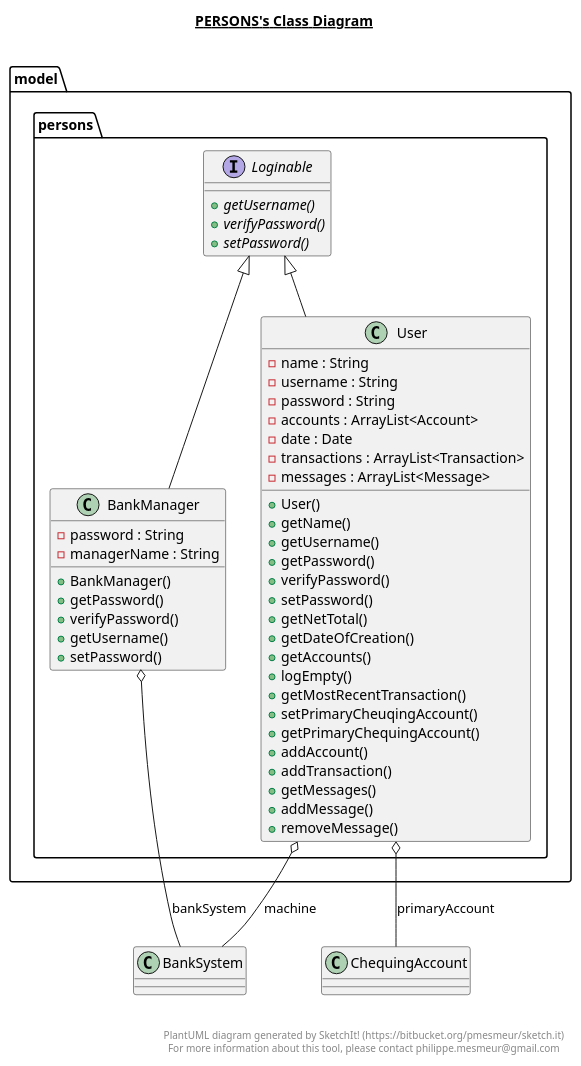
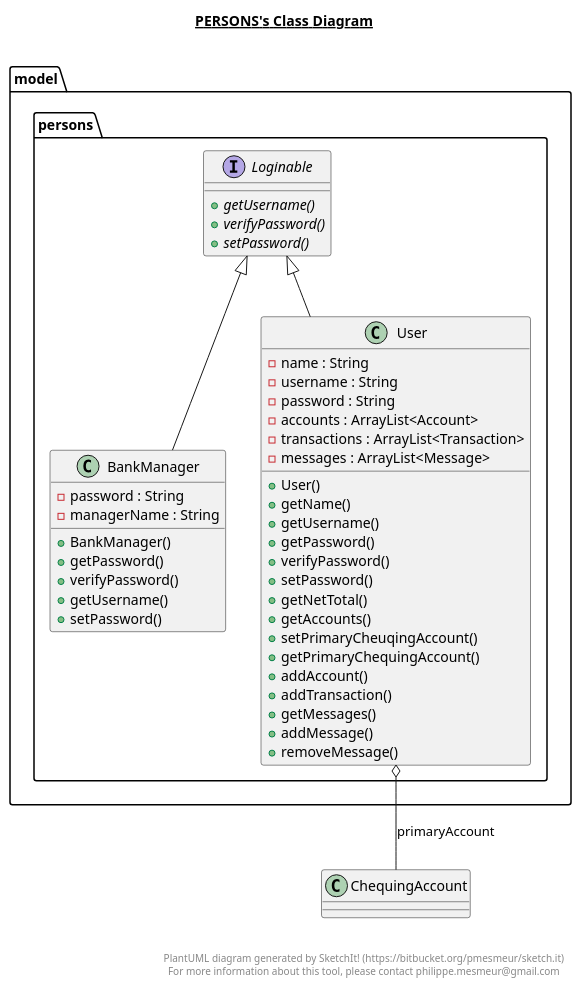
Before and after one commit to kexinlin/CSC207-Software-Design: the diagram in phase1/src/model/persons/persons.plantuml, drawn with PlantUML. The commit also changed 7 other files, not shown here.

Commit message:
*.plantuml

```diff
--- a/phase1/src/model/persons/persons.plantuml
+++ b/phase1/src/model/persons/persons.plantuml
@@ -1,78 +1,72 @@
 @startuml
 
 title __PERSONS's Class Diagram__\n
 
   package model {
     package model.persons {
       class BankManager {
           - password : String
           - managerName : String
           + BankManager()
           + getPassword()
           + verifyPassword()
           + getUsername()
           + setPassword()
       }
     }
   }
   
 
   package model {
     package model.persons {
       interface Loginable {
           {abstract} + getUsername()
           {abstract} + verifyPassword()
           {abstract} + setPassword()
       }
     }
   }
   
 
   package model {
     package model.persons {
       class User {
           - name : String
           - username : String
           - password : String
           - accounts : ArrayList<Account>
-          - date : Date
           - transactions : ArrayList<Transaction>
           - messages : ArrayList<Message>
           + User()
           + getName()
           + getUsername()
           + getPassword()
           + verifyPassword()
           + setPassword()
           + getNetTotal()
-          + getDateOfCreation()
           + getAccounts()
-          + logEmpty()
-          + getMostRecentTransaction()
           + setPrimaryCheuqingAccount()
           + getPrimaryChequingAccount()
           + addAccount()
           + addTransaction()
           + getMessages()
           + addMessage()
           + removeMessage()
       }
     }
   }
   
 
   BankManager -up-|> Loginable
-  BankManager o-- BankSystem : bankSystem
   User -up-|> Loginable
-  User o-- BankSystem : machine
   User o-- ChequingAccount : primaryAccount
 
 
 right footer
 
 
 PlantUML diagram generated by SketchIt! (https://bitbucket.org/pmesmeur/sketch.it)
 For more information about this tool, please contact philippe.mesmeur@gmail.com
 endfooter
 
 @enduml
```
